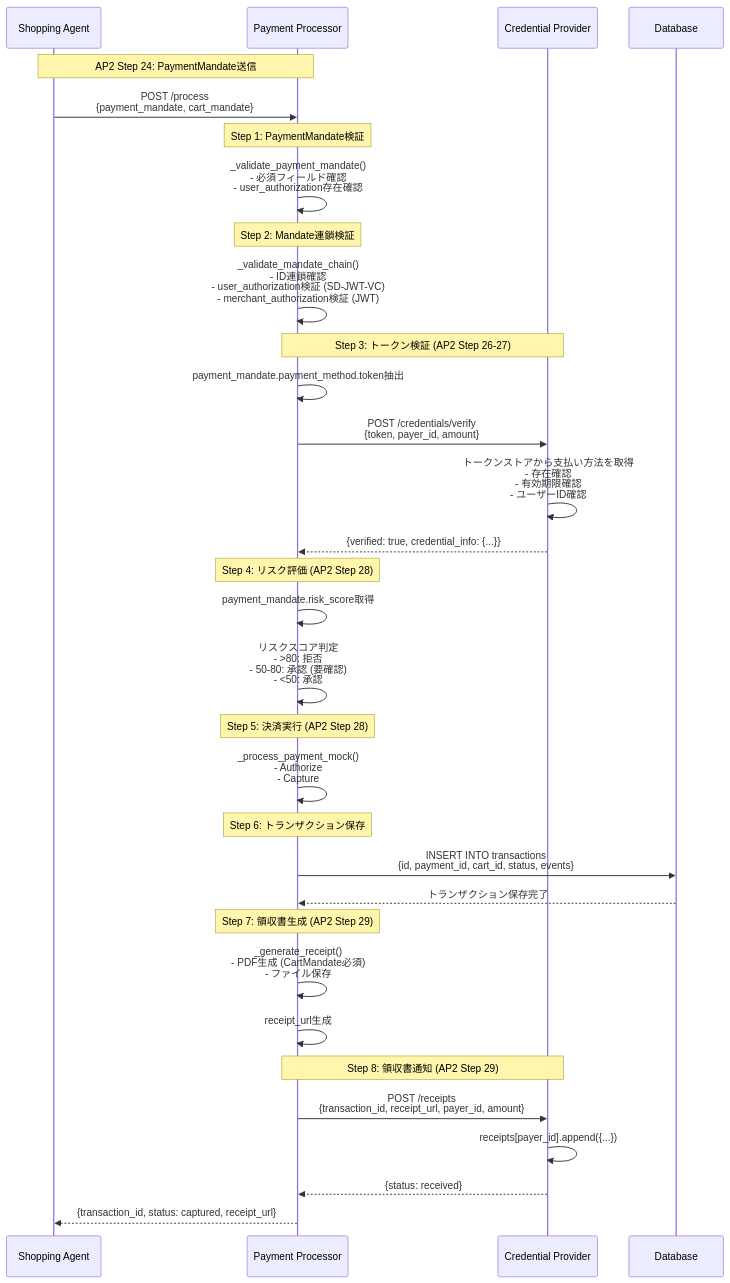
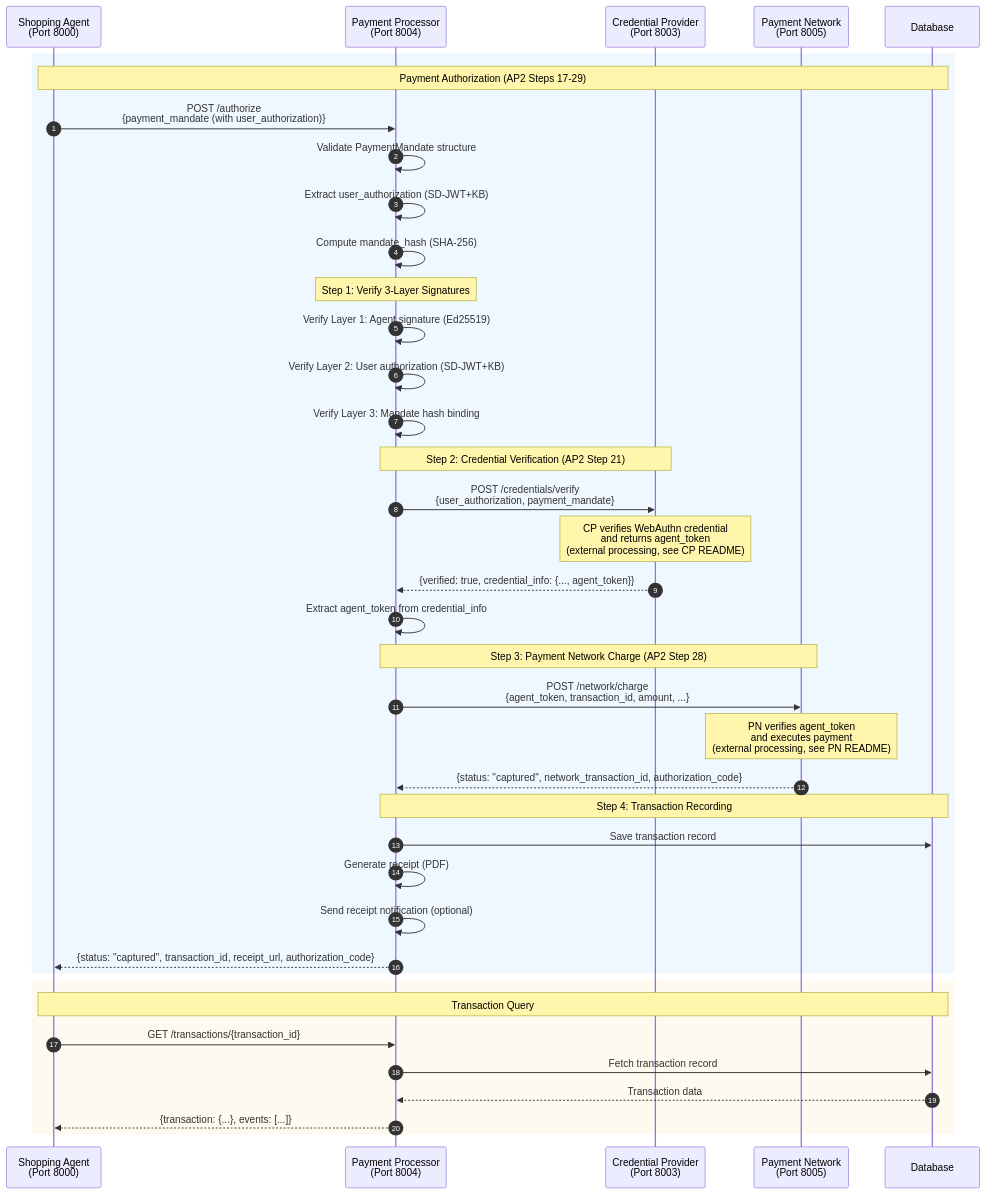
One commit to tubone24/AP2_demo_app changed the diagram in services/payment_processor/README.md. Above: the diagram before and after it, drawn with Mermaid. The commit also changed other lines of this file and 8 other files, not shown here.

````diff
--- a/services/payment_processor/README.md
+++ b/services/payment_processor/README.md
@@ -923,45 +27,50 @@
 ```mermaid
 sequenceDiagram
-    participant SA as Shopping Agent
-    participant PP as Payment Processor
-    participant CP as Credential Provider
+    autonumber
+    participant SA as Shopping Agent<br/>(Port 8000)
+    participant PP as Payment Processor<br/>(Port 8004)
+    participant CP as Credential Provider<br/>(Port 8003)
+    participant PN as Payment Network<br/>(Port 8005)
     participant DB as Database
 
-    Note over SA,PP: AP2 Step 24: PaymentMandate送信
+    %% Payment Authorization Flow
+    rect rgb(240, 248, 255)
+        Note over SA,DB: Payment Authorization (AP2 Steps 17-29)
+        SA->>PP: POST /authorize<br/>{payment_mandate (with user_authorization)}
+        PP->>PP: Validate PaymentMandate structure
+        PP->>PP: Extract user_authorization (SD-JWT+KB)
+        PP->>PP: Compute mandate_hash (SHA-256)
 
-    SA->>PP: POST /process<br/>{payment_mandate, cart_mandate}
+        Note over PP: Step 1: Verify 3-Layer Signatures
+        PP->>PP: Verify Layer 1: Agent signature (Ed25519)
+        PP->>PP: Verify Layer 2: User authorization (SD-JWT+KB)
+        PP->>PP: Verify Layer 3: Mandate hash binding
 
-    Note over PP: Step 1: PaymentMandate検証
-    PP->>PP: _validate_payment_mandate()<br/>- 必須フィールド確認<br/>- user_authorization存在確認
+        Note over PP,CP: Step 2: Credential Verification (AP2 Step 21)
+        PP->>CP: POST /credentials/verify<br/>{user_authorization, payment_mandate}
+        Note over CP: CP verifies WebAuthn credential<br/>and returns agent_token<br/>(external processing, see CP README)
+        CP-->>PP: {verified: true, credential_info: {..., agent_token}}
+        PP->>PP: Extract agent_token from credential_info
 
-    Note over PP: Step 2: Mandate連鎖検証
-    PP->>PP: _validate_mandate_chain()<br/>- ID連鎖確認<br/>- user_authorization検証 (SD-JWT-VC)<br/>- merchant_authorization検証 (JWT)
+        Note over PP,PN: Step 3: Payment Network Charge (AP2 Step 28)
+        PP->>PN: POST /network/charge<br/>{agent_token, transaction_id, amount, ...}
+        Note over PN: PN verifies agent_token<br/>and executes payment<br/>(external processing, see PN README)
+        PN-->>PP: {status: "captured", network_transaction_id, authorization_code}
 
-    Note over PP,CP: Step 3: トークン検証 (AP2 Step 26-27)
-    PP->>PP: payment_mandate.payment_method.token抽出
-    PP->>CP: POST /credentials/verify<br/>{token, payer_id, amount}
-    CP->>CP: トークンストアから支払い方法を取得<br/>- 存在確認<br/>- 有効期限確認<br/>- ユーザーID確認
-    CP-->>PP: {verified: true, credential_info: {...}}
+        Note over PP,DB: Step 4: Transaction Recording
+        PP->>DB: Save transaction record
+        PP->>PP: Generate receipt (PDF)
+        PP->>PP: Send receipt notification (optional)
 
-    Note over PP: Step 4: リスク評価 (AP2 Step 28)
-    PP->>PP: payment_mandate.risk_score取得
-    PP->>PP: リスクスコア判定<br/>- >80: 拒否<br/>- 50-80: 承認 (要確認)<br/>- <50: 承認
+        PP-->>SA: {status: "captured", transaction_id, receipt_url, authorization_code}
+    end
 
-    Note over PP: Step 5: 決済実行 (AP2 Step 28)
-    PP->>PP: _process_payment_mock()<br/>- Authorize<br/>- Capture
-
-    Note over PP: Step 6: トランザクション保存
-    PP->>DB: INSERT INTO transactions<br/>{id, payment_id, cart_id, status, events}
-    DB-->>PP: トランザクション保存完了
-
-    Note over PP: Step 7: 領収書生成 (AP2 Step 29)
-    PP->>PP: _generate_receipt()<br/>- PDF生成 (CartMandate必須)<br/>- ファイル保存
-    PP->>PP: receipt_url生成
-
-    Note over PP,CP: Step 8: 領収書通知 (AP2 Step 29)
-    PP->>CP: POST /receipts<br/>{transaction_id, receipt_url, payer_id, amount}
-    CP->>CP: receipts[payer_id].append({...})
-    CP-->>PP: {status: received}
-
-    PP-->>SA: {transaction_id, status: captured, receipt_url}
+    %% Transaction Query Flow
+    rect rgb(255, 250, 240)
+        Note over SA,DB: Transaction Query
+        SA->>PP: GET /transactions/{transaction_id}
+        PP->>DB: Fetch transaction record
+        DB-->>PP: Transaction data
+        PP-->>SA: {transaction: {...}, events: [...]}
+    end
 ```
````
